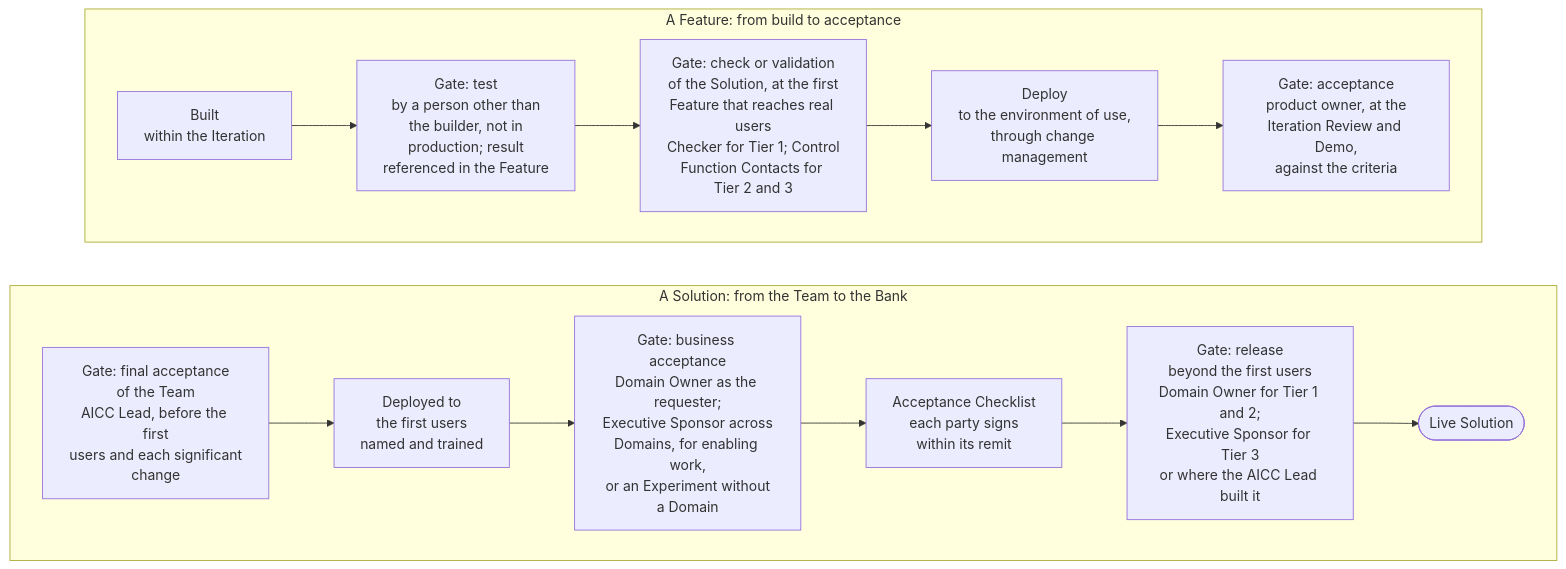
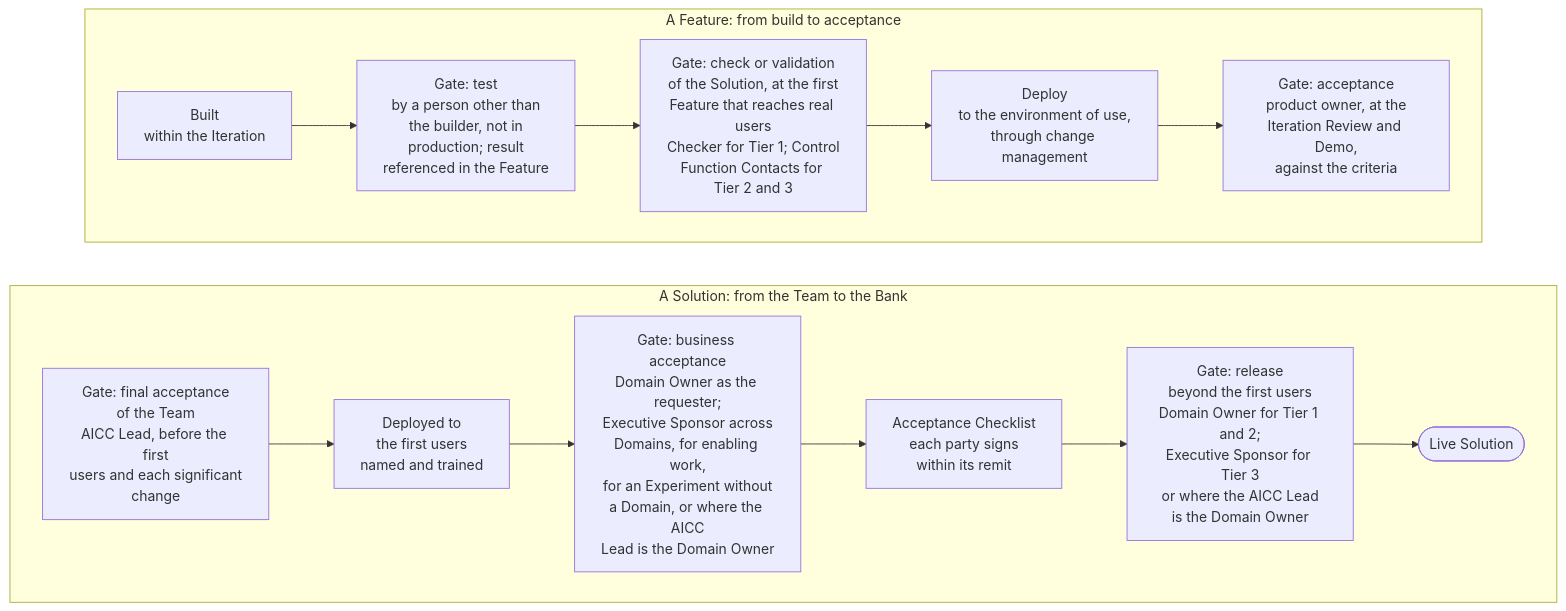
One commit to devhogu/ob-aicc changed the diagram in portal/content/delivery/quality-verification-and-release.md. Above: the diagram before and after it, drawn with Mermaid. The commit also changed other lines of this file and 465 other files, not shown here.

````diff
--- a/portal/content/delivery/quality-verification-and-release.md
+++ b/portal/content/delivery/quality-verification-and-release.md
@@ -7,19 +7,19 @@
 ```mermaid
 flowchart TB
   subgraph ROW1["A Feature: from build to acceptance"]
     direction LR
     B["Built<br/>within the Iteration"] --> T["Gate: test<br/>by a person other than<br/>the builder, not in<br/>production; result<br/>referenced in the Feature"]
     T --> CV["Gate: check or validation<br/>of the Solution, at the first<br/>Feature that reaches real users<br/>Checker for Tier 1; Control<br/>Function Contacts for Tier 2 and 3"]
     CV --> D["Deploy<br/>to the environment of use,<br/>through change management"]
     D --> A1["Gate: acceptance<br/>product owner, at the<br/>Iteration Review and Demo,<br/>against the criteria"]
   end
   subgraph ROW2["A Solution: from the Team to the Bank"]
     direction LR
     A2["Gate: final acceptance<br/>of the Team<br/>AICC Lead, before the first<br/>users and each significant<br/>change"] --> FU["Deployed to<br/>the first users<br/>named and trained"]
-    FU --> A3["Gate: business acceptance<br/>Domain Owner as the requester;<br/>Executive Sponsor across<br/>Domains, for enabling work,<br/>or an Experiment without<br/>a Domain"]
+    FU --> A3["Gate: business acceptance<br/>Domain Owner as the requester;<br/>Executive Sponsor across<br/>Domains, for enabling work,<br/>for an Experiment without<br/>a Domain, or where the AICC<br/>Lead is the Domain Owner"]
     A3 --> CL["Acceptance Checklist<br/>each party signs<br/>within its remit"]
-    CL --> RL["Gate: release<br/>beyond the first users<br/>Domain Owner for Tier 1 and 2;<br/>Executive Sponsor for Tier 3<br/>or where the AICC Lead built it"]
+    CL --> RL["Gate: release<br/>beyond the first users<br/>Domain Owner for Tier 1 and 2;<br/>Executive Sponsor for Tier 3<br/>or where the AICC Lead<br/>is the Domain Owner"]
     RL --> LV(["Live Solution"])
   end
   ROW1 ~~~ ROW2
 ```
````
